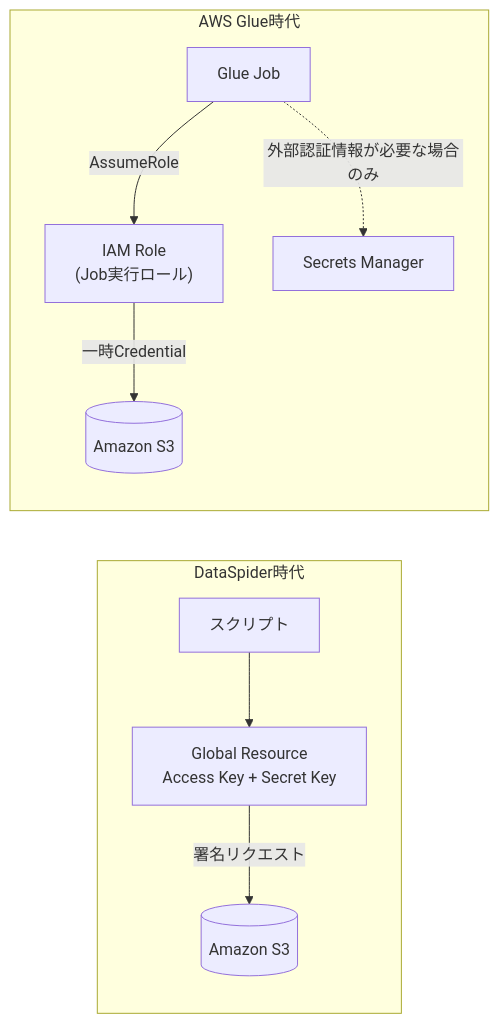
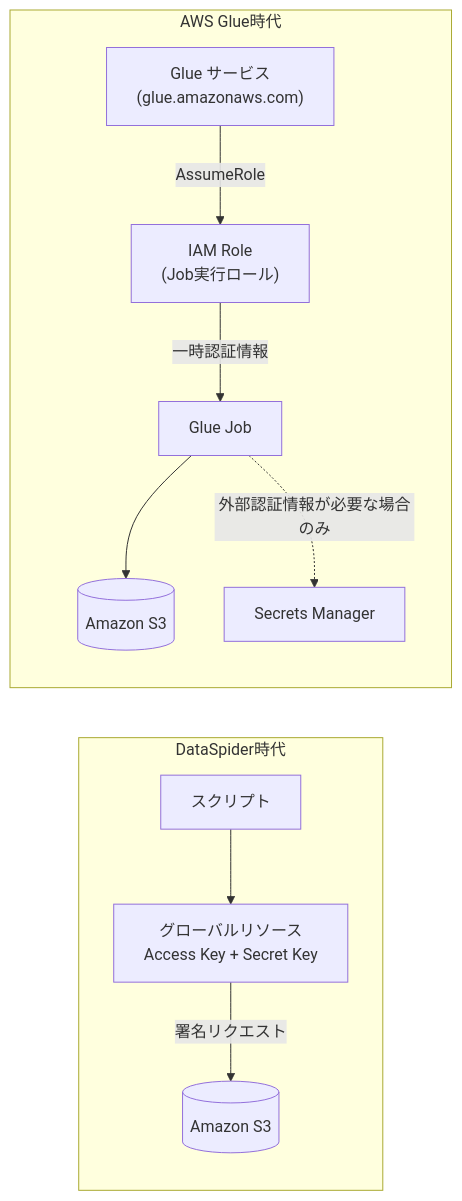
One commit to narumikr/article-agent-studio changed the third of 4 diagrams in docs/outputs/aws-glue-migration.md. Above: the diagram before and after it, drawn with Mermaid. The commit also changed other lines of this file, not shown here.

````diff
--- a/docs/outputs/aws-glue-migration.md
+++ b/docs/outputs/aws-glue-migration.md
@@ -230,13 +241,14 @@
 ```mermaid
 flowchart LR
     subgraph BEFORE["DataSpider時代"]
-        DS["スクリプト"] --> GR["Global Resource<br/>Access Key + Secret Key"]
+        DS["スクリプト"] --> GR["グローバルリソース<br/>Access Key + Secret Key"]
         GR -->|署名リクエスト| S3A[("Amazon S3")]
     end
 
     subgraph AFTER["AWS Glue時代"]
-        Job["Glue Job"] -->|AssumeRole| Role["IAM Role<br/>(Job実行ロール)"]
-        Role -->|一時Credential| S3B[("Amazon S3")]
+        Glue["Glue サービス<br/>(glue.amazonaws.com)"] -->|AssumeRole| Role["IAM Role<br/>(Job実行ロール)"]
+        Role -->|一時認証情報| Job["Glue Job"]
+        Job --> S3B[("Amazon S3")]
         Job -.->|外部認証情報が必要な場合のみ| SM["Secrets Manager"]
     end
 ```
````
